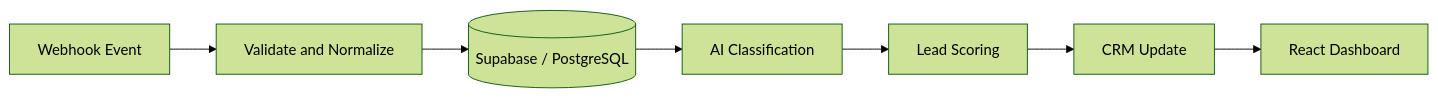
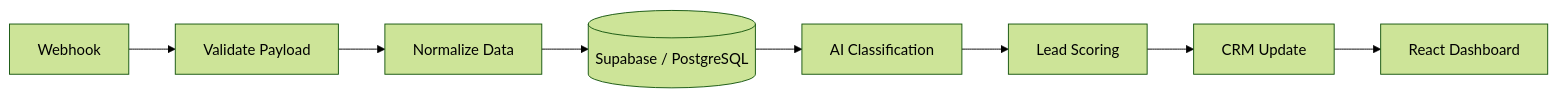
The second of 2 diagrams in README.md (Aravindan-001/Aravindan-001), drawn with Mermaid (forest theme) before and after one commit. The commit also changed other lines of this file, not shown here.

````diff
--- a/README.md
+++ b/README.md
@@ -395,9 +407,10 @@
 ```mermaid
 flowchart LR
-    A[Webhook Event] --> B[Validate and Normalize]
-    B --> C[(Supabase / PostgreSQL)]
-    C --> D[AI Classification]
-    D --> E[Lead Scoring]
-    E --> F[CRM Update]
-    F --> G[React Dashboard]
+    A[Webhook] --> B[Validate Payload]
+    B --> C[Normalize Data]
+    C --> D[(Supabase / PostgreSQL)]
+    D --> E[AI Classification]
+    E --> F[Lead Scoring]
+    F --> G[CRM Update]
+    G --> H[React Dashboard]
 ```
````
